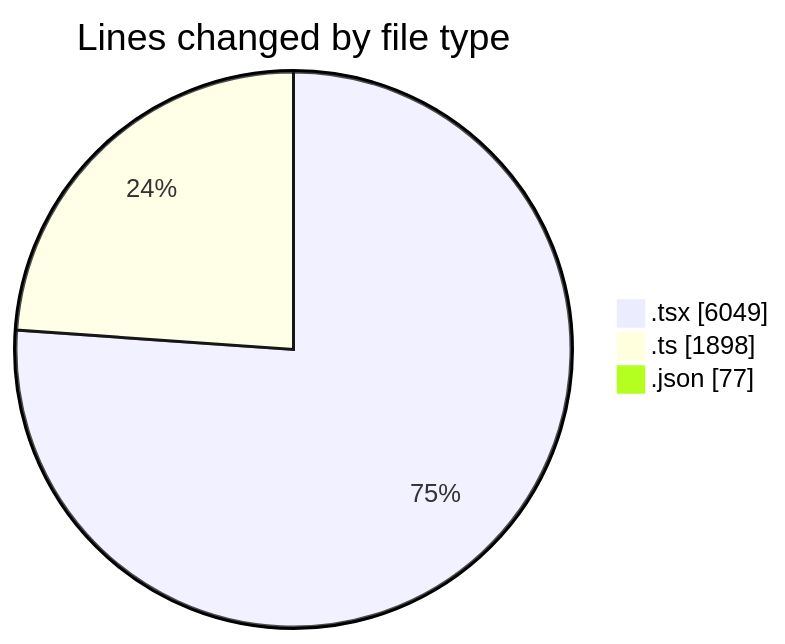
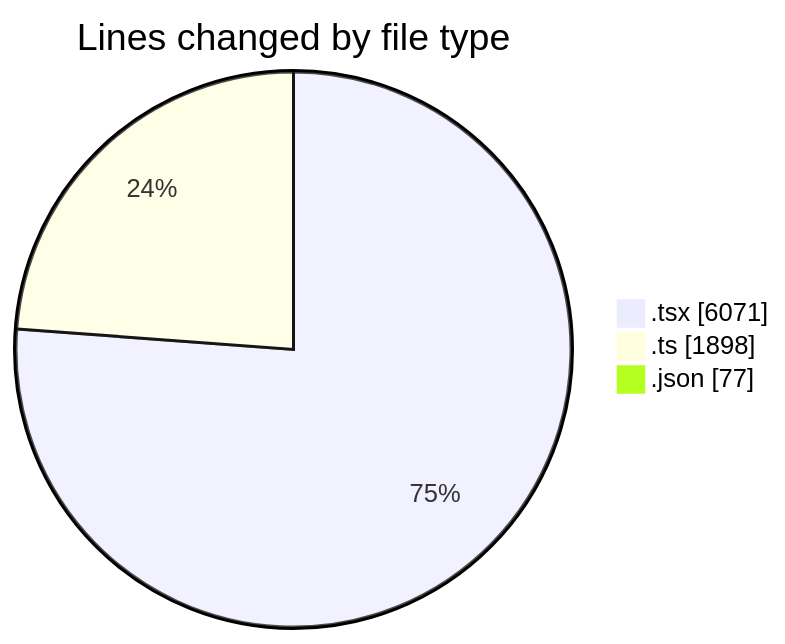
The first of 2 diagrams in 2026-03-22/nxtqube_webapp/README.md (nxtqubesakshisongat/code-tracking), drawn with Mermaid before and after one commit. The commit also changed other lines of this file and 1 other file, not shown here.

````diff
--- a/2026-03-22/nxtqube_webapp/README.md
+++ b/2026-03-22/nxtqube_webapp/README.md
@@ -44,7 +44,7 @@
 ```mermaid
 pie showData
 title Lines changed by file type
-".tsx" : 6049
+".tsx" : 6071
 ".ts" : 1898
 ".json" : 77
 ```
````
